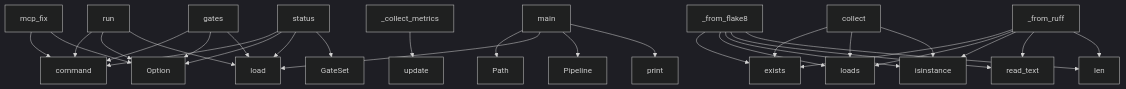
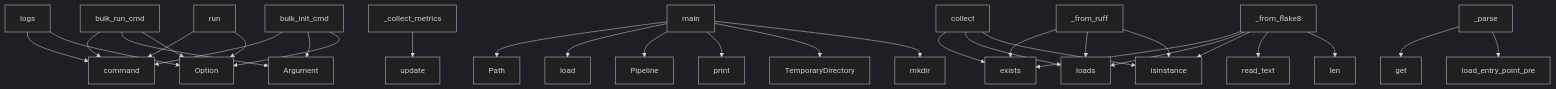
One commit to semcod/pyqual changed the diagram in project/context.md. Above: the diagram before and after it, drawn with Mermaid (dark theme). The commit also changed other lines of this file and 24 other files, not shown here.

````diff
--- a/project/context.md
+++ b/project/context.md
@@ -446,33 +478,33 @@
 ```mermaid
 graph TD
-    mcp_fix --> command
-    mcp_fix --> Option
+    logs --> command
+    logs --> Option
+    bulk_run_cmd --> command
+    bulk_run_cmd --> Argument
+    bulk_run_cmd --> Option
     _collect_metrics --> update
+    bulk_init_cmd --> command
+    bulk_init_cmd --> Argument
+    bulk_init_cmd --> Option
     main --> Path
     main --> load
     main --> Pipeline
     main --> print
+    main --> TemporaryDirectory
+    main --> mkdir
     _from_flake8 --> exists
     _from_flake8 --> loads
     _from_flake8 --> isinstance
     _from_flake8 --> read_text
     _from_flake8 --> len
+    _parse --> get
+    _parse --> load_entry_point_pre
+    run --> command
+    run --> Option
     collect --> exists
     collect --> loads
     collect --> isinstance
     _from_ruff --> exists
     _from_ruff --> loads
     _from_ruff --> isinstance
-    _from_ruff --> read_text
-    _from_ruff --> len
-    run --> command
-    run --> Option
-    run --> load
-    status --> command
-    status --> Option
-    status --> load
-    status --> GateSet
-    gates --> command
-    gates --> Option
-    gates --> load
 ```
````
